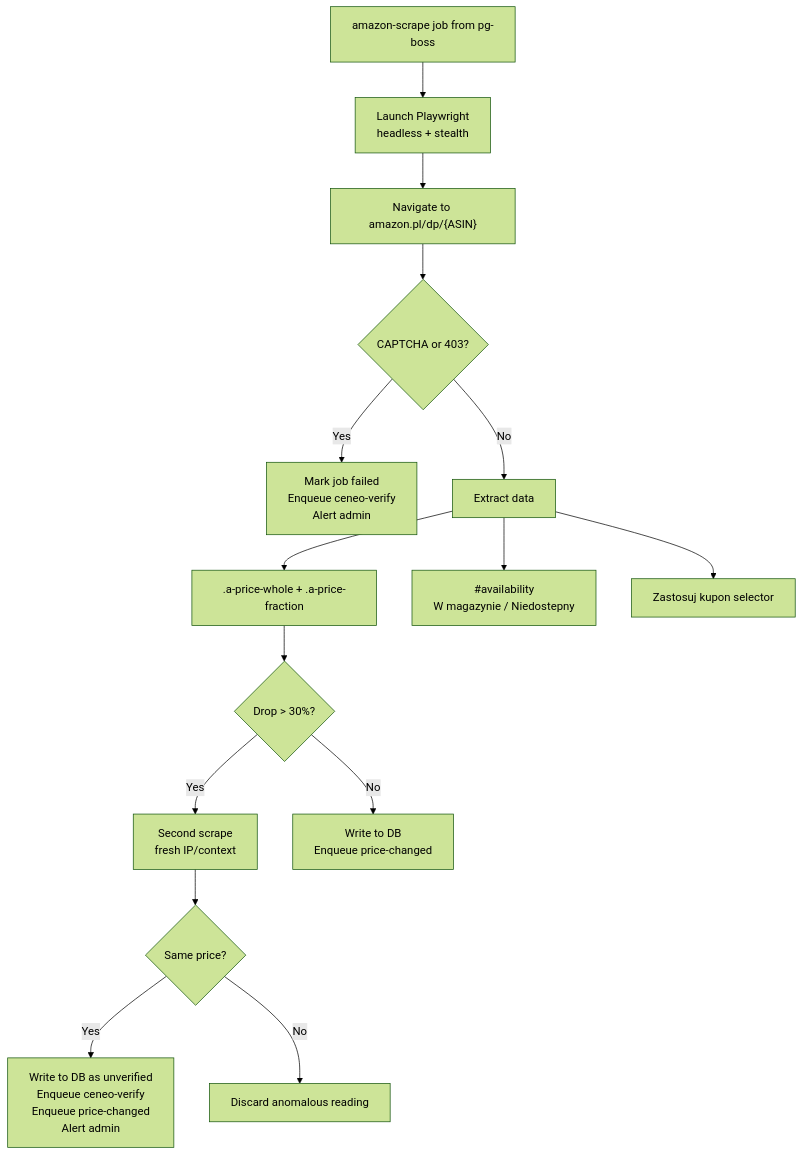
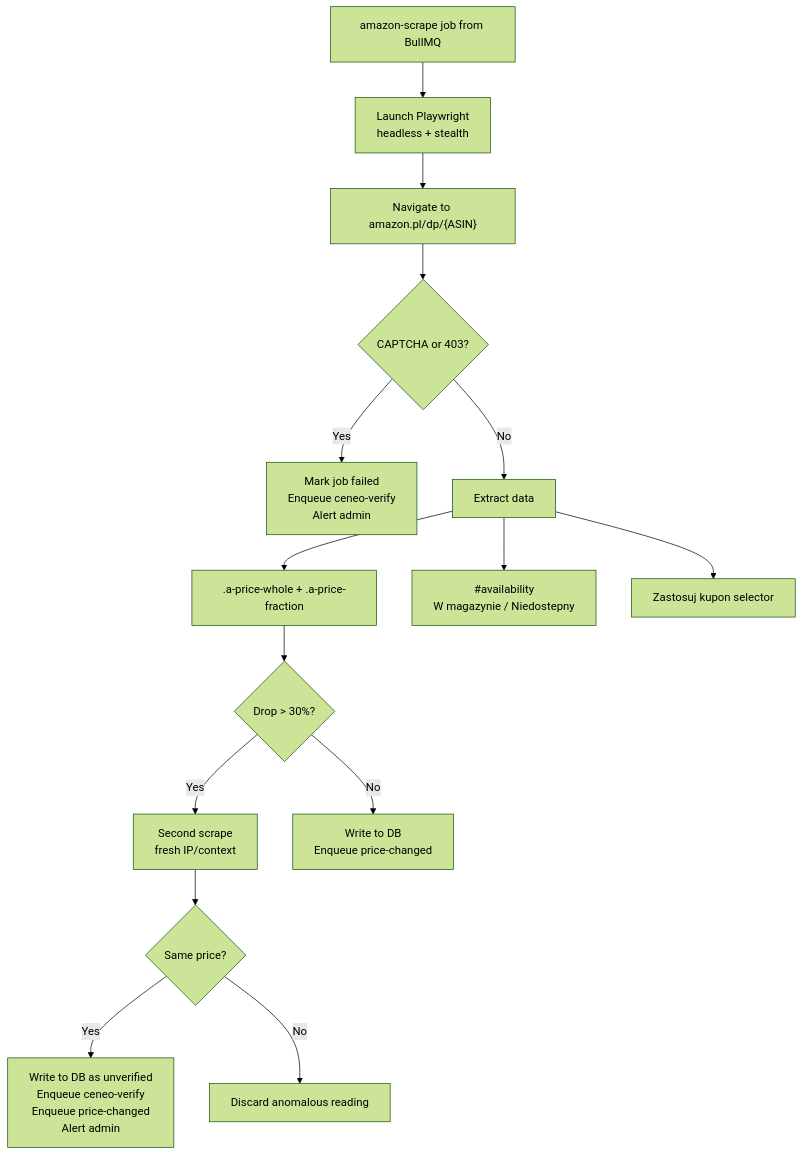
The first of 2 diagrams in docs/scraper_design.md (k0ff33/amazonpl-price-watch), drawn with Mermaid (forest theme) before and after one commit. The commit also changed other lines of this file and 15 other files, not shown here.

First line of the commit message:
refactor: replace pg-boss with BullMQ + Redis

````diff
--- a/docs/scraper_design.md
+++ b/docs/scraper_design.md
@@ -15,17 +15,17 @@
 ```mermaid
 flowchart TD
-    Job[amazon-scrape job from pg-boss] --> Launch[Launch Playwright<br/>headless + stealth]
+    Job[amazon-scrape job from BullMQ] --> Launch[Launch Playwright<br/>headless + stealth]
     Launch --> Navigate["Navigate to amazon.pl/dp/{ASIN}"]
     Navigate --> Check{CAPTCHA or 403?}
     Check -->|Yes| Blocked[Mark job failed<br/>Enqueue ceneo-verify<br/>Alert admin]
     Check -->|No| Extract[Extract data]
     Extract --> Price[".a-price-whole + .a-price-fraction"]
     Extract --> Stock["#availability<br/>W magazynie / Niedostepny"]
     Extract --> Coupon["Zastosuj kupon selector"]
     Price --> Drop{Drop > 30%?}
     Drop -->|Yes| DoubleCheck[Second scrape<br/>fresh IP/context]
     DoubleCheck --> Confirm{Same price?}
     Confirm -->|Yes| WriteUnverified[Write to DB as unverified<br/>Enqueue ceneo-verify<br/>Enqueue price-changed<br/>Alert admin]
     Confirm -->|No| Discard[Discard anomalous reading]
     Drop -->|No| Write[Write to DB<br/>Enqueue price-changed]
 ```
````
